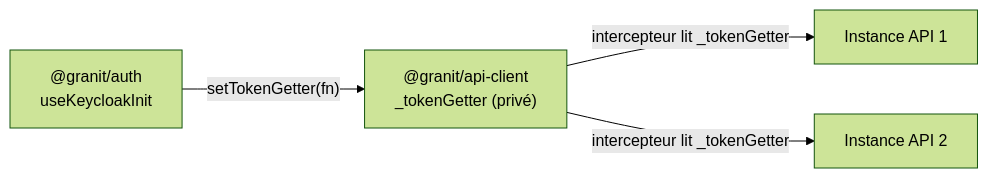
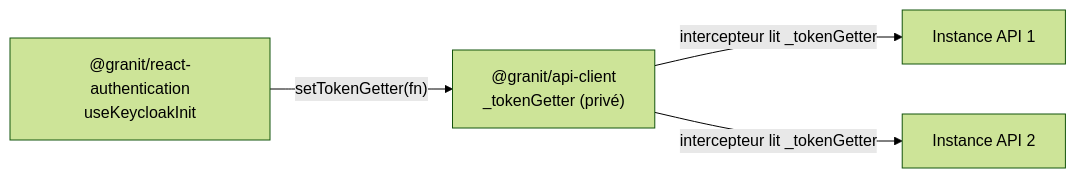
The diagram in docs/patterns/creation/module-singleton.md (enraiz/granit-front), drawn with Mermaid (forest theme) before and after one commit. The commit also changed other lines of this file and 17 other files, not shown here.

First line of the commit message:
docs(auth-split): remplacer les références @granit/auth par les nouveaux packages

````diff
--- a/docs/patterns/creation/module-singleton.md
+++ b/docs/patterns/creation/module-singleton.md
@@ -11,11 +11,11 @@
 ```mermaid
 flowchart LR
-    AUTH["@granit/auth<br/>useKeycloakInit"]
+    AUTH["@granit/react-authentication<br/>useKeycloakInit"]
     API["@granit/api-client<br/>_tokenGetter (privé)"]
     APP1["Instance API 1"]
     APP2["Instance API 2"]
 
     AUTH -- "setTokenGetter(fn)" --> API
     API -- "intercepteur lit _tokenGetter" --> APP1
     API -- "intercepteur lit _tokenGetter" --> APP2
 ```
````
